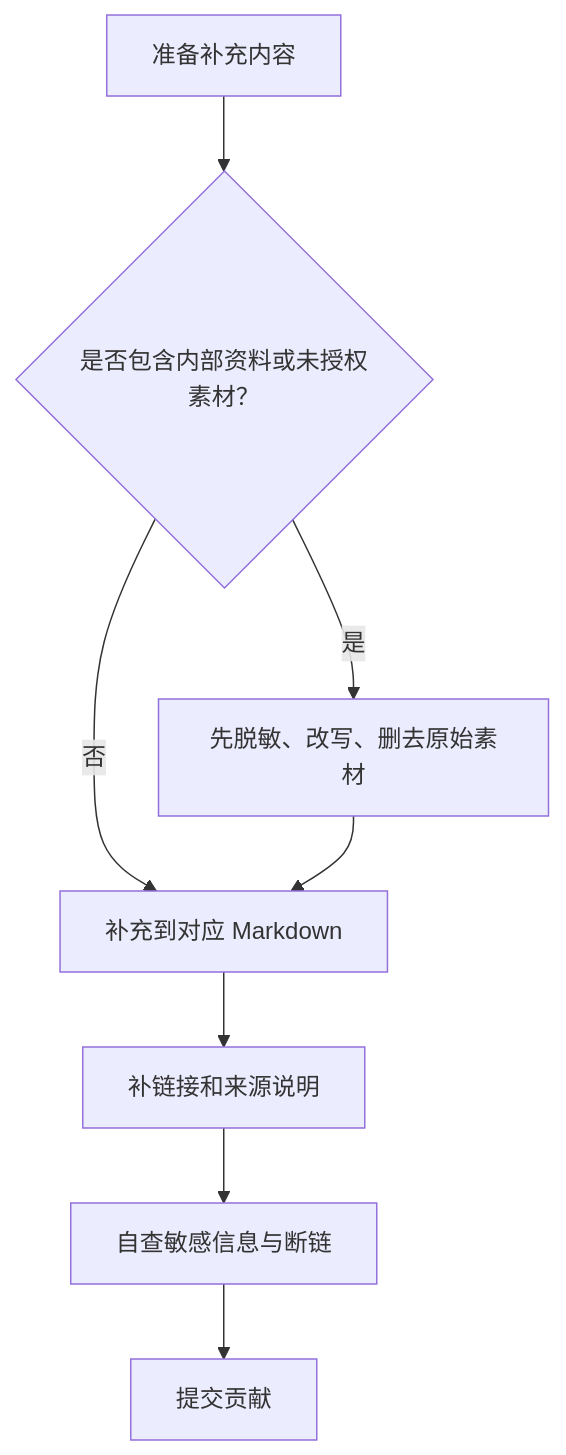
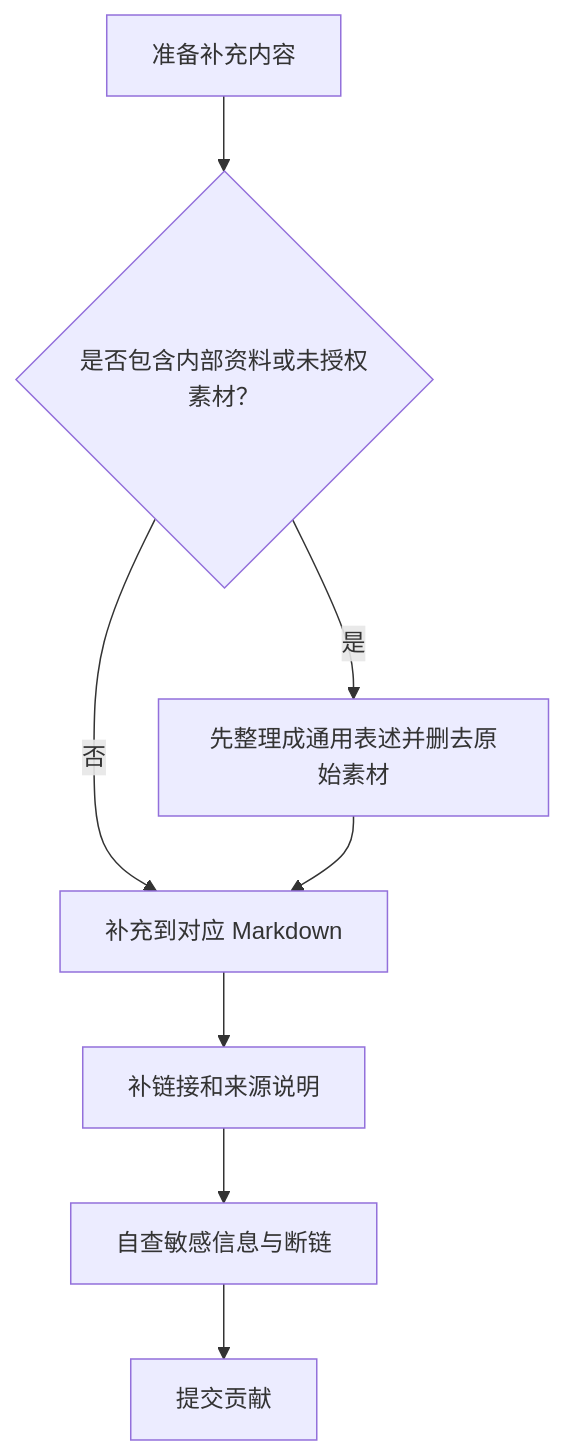
Before and after one commit to onebulletkick/suspension_opensource: the diagram in docs/contributing.md, drawn with Mermaid. The commit also changed other lines of this file and 40 other files, not shown here.

````diff
--- a/docs/contributing.md
+++ b/docs/contributing.md
@@ -9,10 +9,10 @@
 ```mermaid
 flowchart TD
   A["准备补充内容"] --> B{"是否包含内部资料或未授权素材？"}
-  B -- "是" --> C["先脱敏、改写、删去原始素材"]
+  B -- "是" --> C["先整理成通用表述并删去原始素材"]
   B -- "否" --> D["补充到对应 Markdown"]
   C --> D
   D --> E["补链接和来源说明"]
   E --> F["自查敏感信息与断链"]
   F --> G["提交贡献"]
 ```
````
